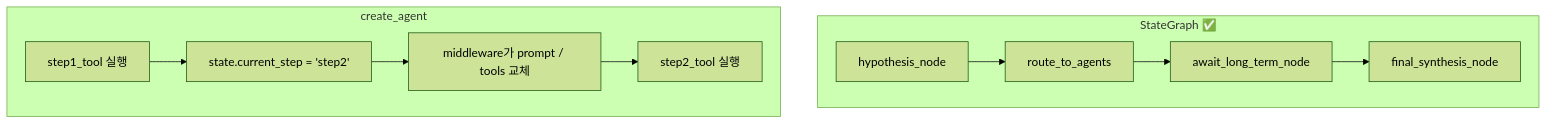
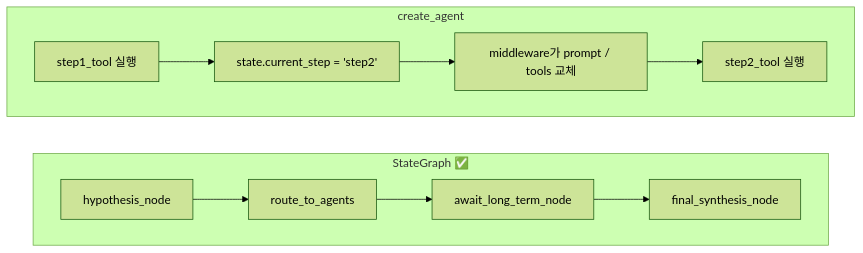
Before and after one commit to daehun1102/langchain_study: the sixth of 10 diagrams in 3_playground/display_defect_chatbot/docs/final_presentation.md, drawn with Mermaid (forest theme). The commit also changed other lines of this file, not shown here.

Commit message:
docs: Set sequential step flowchart to vertical (TD) layout

````diff
--- a/3_playground/display_defect_chatbot/docs/final_presentation.md
+++ b/3_playground/display_defect_chatbot/docs/final_presentation.md
@@ -145,16 +153,16 @@
 ```mermaid
-flowchart LR
+flowchart TD
     subgraph A["create_agent"]
         A1["step1_tool 실행"] --> A2["state.current_step = 'step2'"]
         A2 --> A3["middleware가 prompt / tools 교체"]
         A3 --> A4["step2_tool 실행"]
     end
 
     subgraph B["StateGraph ✅"]
         B1["hypothesis_node"] --> B2["route_to_agents"]
         B2 --> B3["await_long_term_node"]
         B3 --> B4["final_synthesis_node"]
     end
 
-    A4 ~~~ B1
+    A ~~~ B
 ```
````
